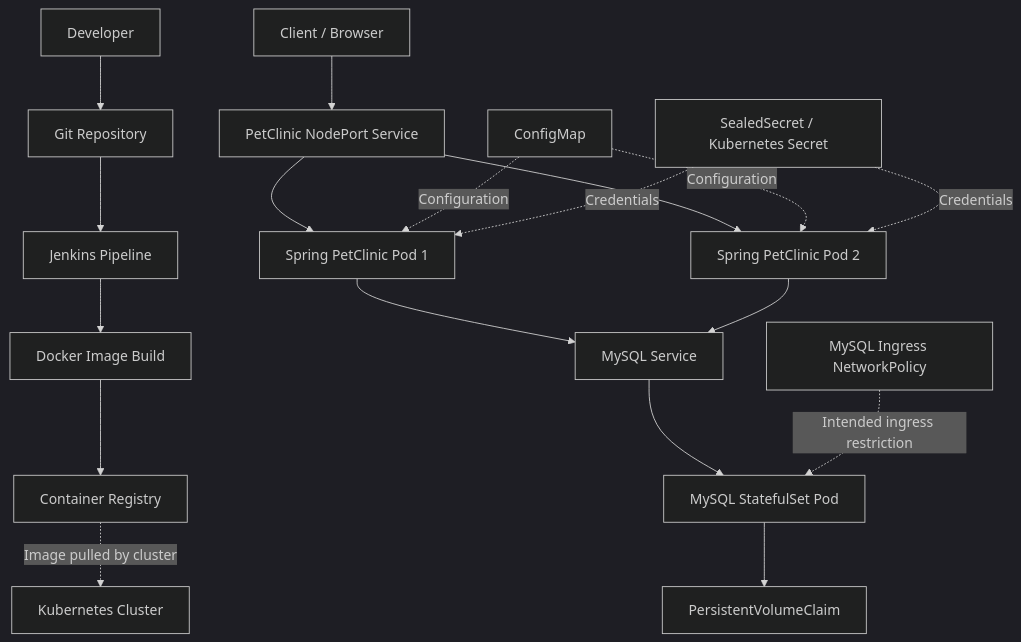
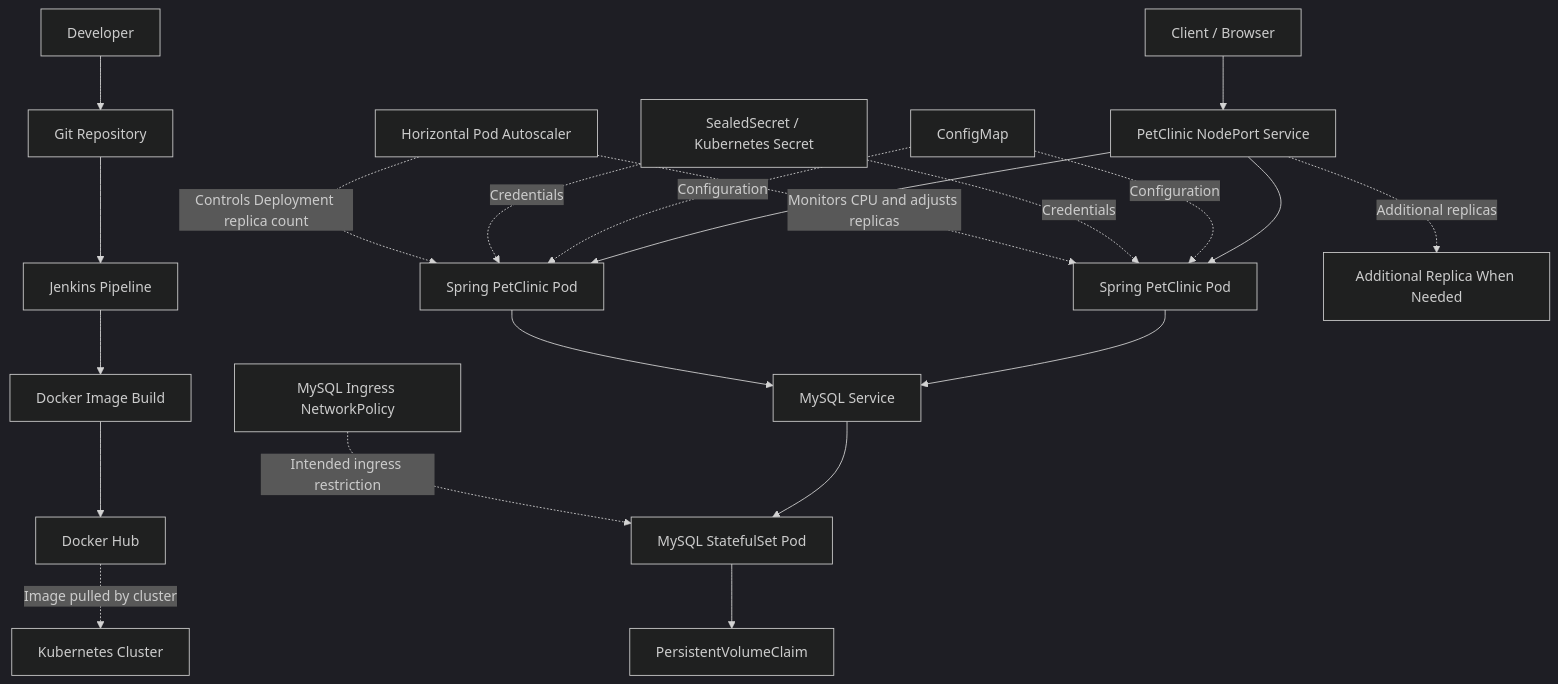
Before and after one commit to moamenothman/spring-petclinic-DevOps: the diagram in README.md, drawn with Mermaid (dark theme). The commit also changed other lines of this file and 7 other files, not shown here.

````diff
--- a/README.md
+++ b/README.md
@@ -49,41 +54,47 @@
 ```mermaid
 flowchart TD
     Developer[Developer]
     Git[Git Repository]
     Jenkins[Jenkins Pipeline]
     Docker[Docker Image Build]
-    Registry[Container Registry]
+    Registry[Docker Hub]
     K8s[Kubernetes Cluster]
 
     Client[Client / Browser]
     AppService[PetClinic NodePort Service]
-    App1[Spring PetClinic Pod 1]
-    App2[Spring PetClinic Pod 2]
+    App1[Spring PetClinic Pod]
+    App2[Spring PetClinic Pod]
+    App3[Additional Replica When Needed]
+    HPA[Horizontal Pod Autoscaler]
     Config[ConfigMap]
     Secret[SealedSecret / Kubernetes Secret]
     DBService[MySQL Service]
     Policy[MySQL Ingress NetworkPolicy]
     MySQL[MySQL StatefulSet Pod]
     PVC[PersistentVolumeClaim]
 
     Developer --> Git
     Git --> Jenkins
     Jenkins --> Docker
     Docker --> Registry
     Registry -. Image pulled by cluster .-> K8s
 
     Client --> AppService
     AppService --> App1
     AppService --> App2
+    AppService -. Additional replicas .-> App3
 
     Config -. Configuration .-> App1
     Config -. Configuration .-> App2
     Secret -. Credentials .-> App1
     Secret -. Credentials .-> App2
 
     App1 --> DBService
     App2 --> DBService
     DBService --> MySQL
     Policy -. Intended ingress restriction .-> MySQL
     MySQL --> PVC
+
+    HPA -. Monitors CPU and adjusts replicas .-> App1
+    HPA -. Controls Deployment replica count .-> App2
 ```
````
